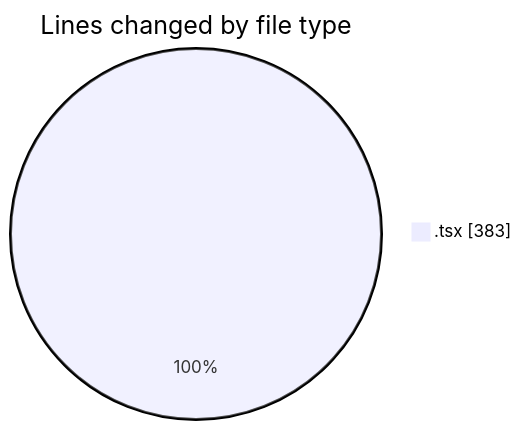
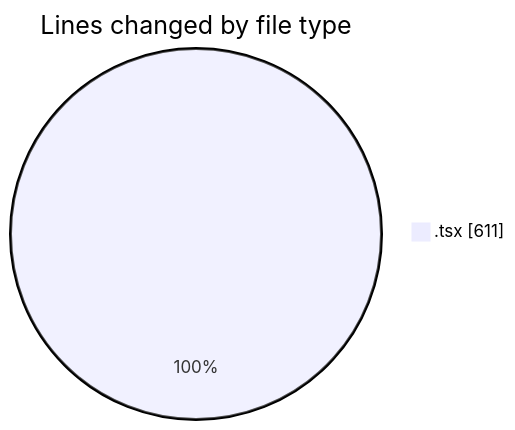
One commit to momahboobian/code-tracking changed the first of 2 diagrams in 2026-05-11/cda/README.md. Above: the diagram before and after it, drawn with Mermaid. The commit also changed other lines of this file and 1 other file, not shown here.

````diff
--- a/2026-05-11/cda/README.md
+++ b/2026-05-11/cda/README.md
@@ -21,5 +24,5 @@
 ```mermaid
 pie showData
 title Lines changed by file type
-".tsx" : 383
+".tsx" : 611
 ```
````
